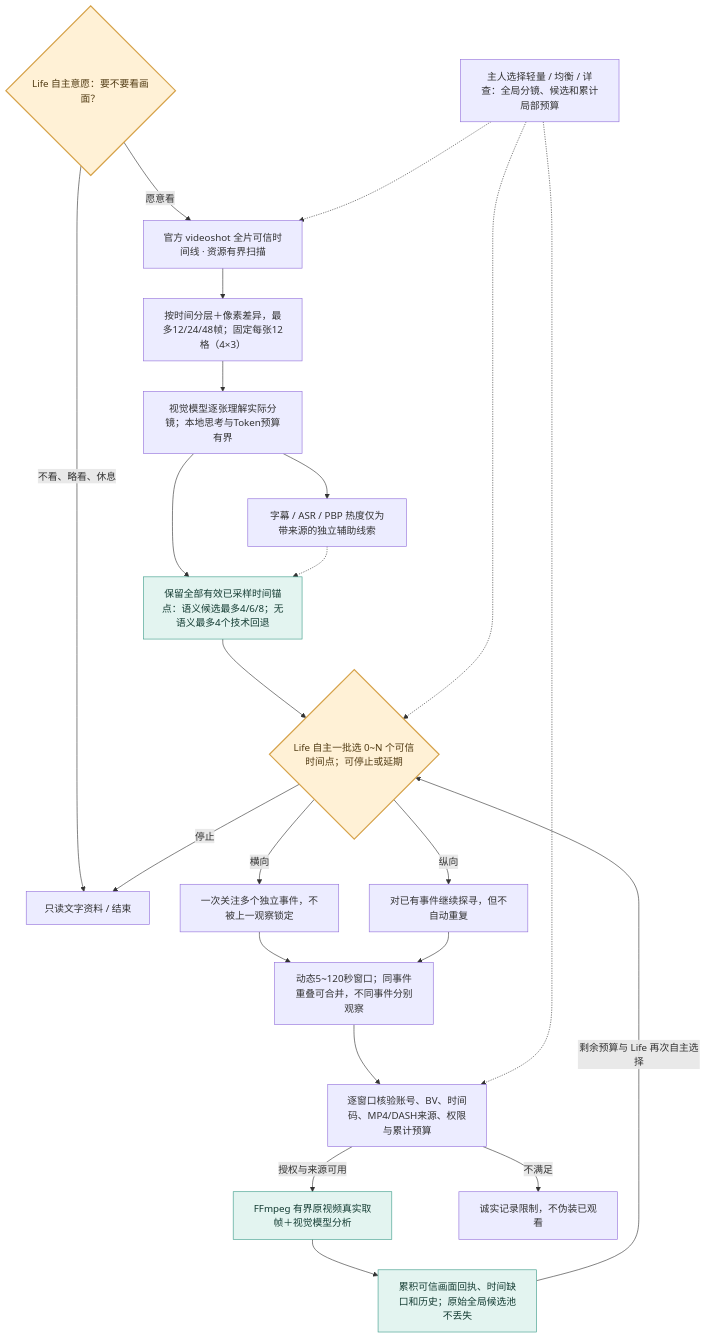
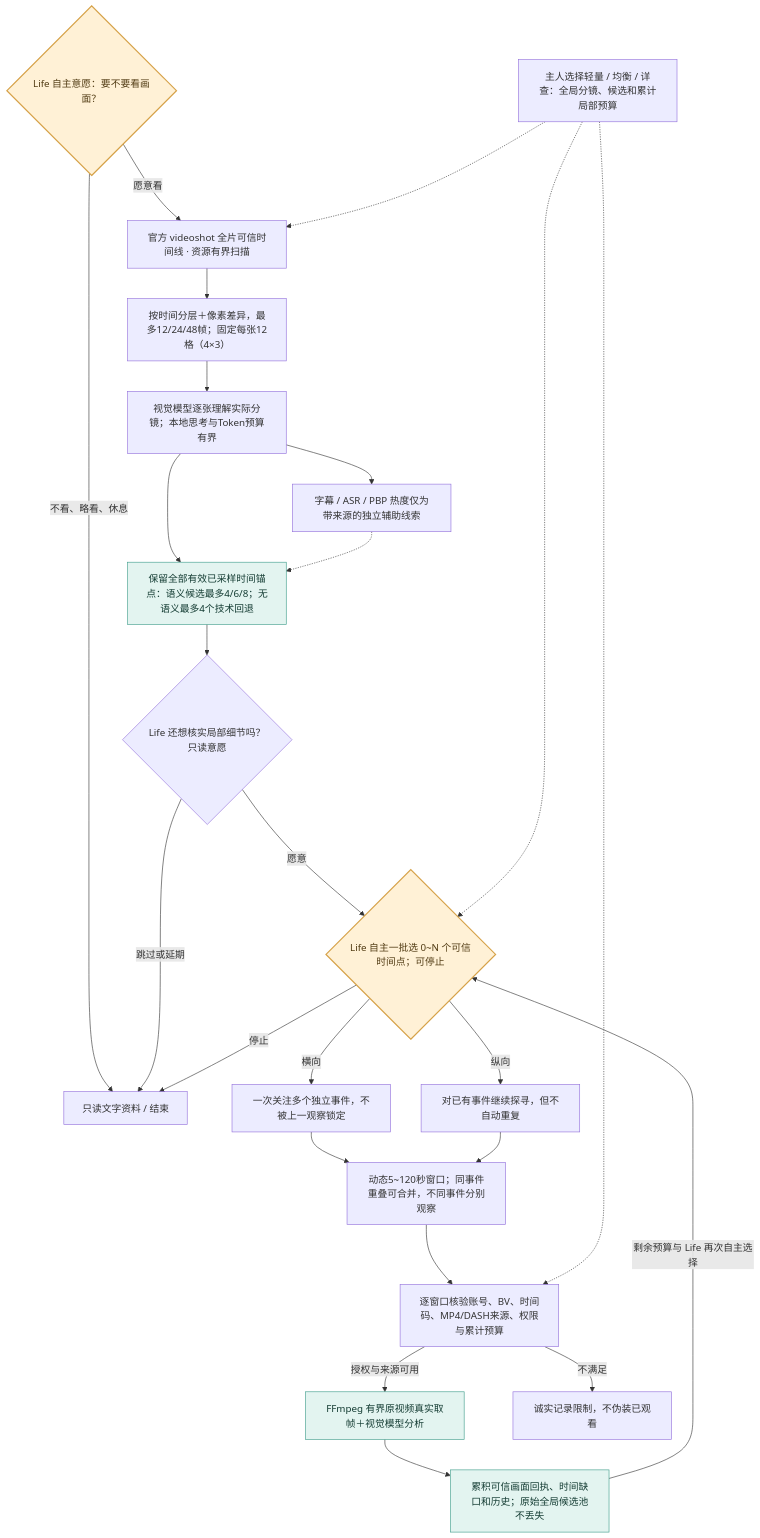
The diagram in docs/architecture/diagrams/video-perception-current.mmd (minedalang/dsh-dafeiyu-life), drawn with Mermaid before and after one commit. The commit also changed 32 other files, not shown here.

```diff
--- a/docs/architecture/diagrams/video-perception-current.mmd
+++ b/docs/architecture/diagrams/video-perception-current.mmd
@@ -1,28 +1,30 @@
 flowchart TB
   budget["主人选择轻量 / 均衡 / 详查：全局分镜、候选和累计局部预算"]
   life{"Life 自主意愿：要不要看画面？"}
   life -->|不看、略看、休息| stop["只读文字资料 / 结束"]
   life -->|愿意看| preview["官方 videoshot 全片可信时间线 · 资源有界扫描"]
   budget -.-> preview
   preview --> coverage["按时间分层＋像素差异，最多12/24/48帧；固定每张12格（4×3）"]
   coverage --> vision["视觉模型逐张理解实际分镜；本地思考与Token预算有界"]
   vision --> pool["保留全部有效已采样时间锚点：语义候选最多4/6/8；无语义最多4个技术回退"]
   vision --> signals["字幕 / ASR / PBP 热度仅为带来源的独立辅助线索"]
   signals -.-> pool
-  pool --> choose{"Life 自主一批选 0~N 个可信时间点；可停止或延期"}
+  pool --> interest{"Life 还想核实局部细节吗？只读意愿"}
+  interest -->|跳过或延期| stop
+  interest -->|愿意| choose{"Life 自主一批选 0~N 个可信时间点；可停止"}
   budget -.-> choose
   choose -->|横向| wide["一次关注多个独立事件，不被上一观察锁定"]
   choose -->|纵向| deep["对已有事件继续探寻，但不自动重复"]
   choose -->|停止| stop
   wide --> merge["动态5~120秒窗口；同事件重叠可合并，不同事件分别观察"]
   deep --> merge
   merge --> gate["逐窗口核验账号、BV、时间码、MP4/DASH来源、权限与累计预算"]
   budget -.-> gate
   gate -->|授权与来源可用| ffmpeg["FFmpeg 有界原视频真实取帧＋视觉模型分析"]
   gate -->|不满足| blocked["诚实记录限制，不伪装已观看"]
   ffmpeg --> evidence["累积可信画面回执、时间缺口和历史；原始全局候选池不丢失"]
   evidence -->|剩余预算与 Life 再次自主选择| choose
   classDef life fill:#fff1d6,stroke:#d6a249,color:#523c14,stroke-width:2px;
   classDef observed fill:#e3f4f0,stroke:#3d9c8a,color:#143c33;
   class life,choose life;
   class pool,ffmpeg,evidence observed;
```
